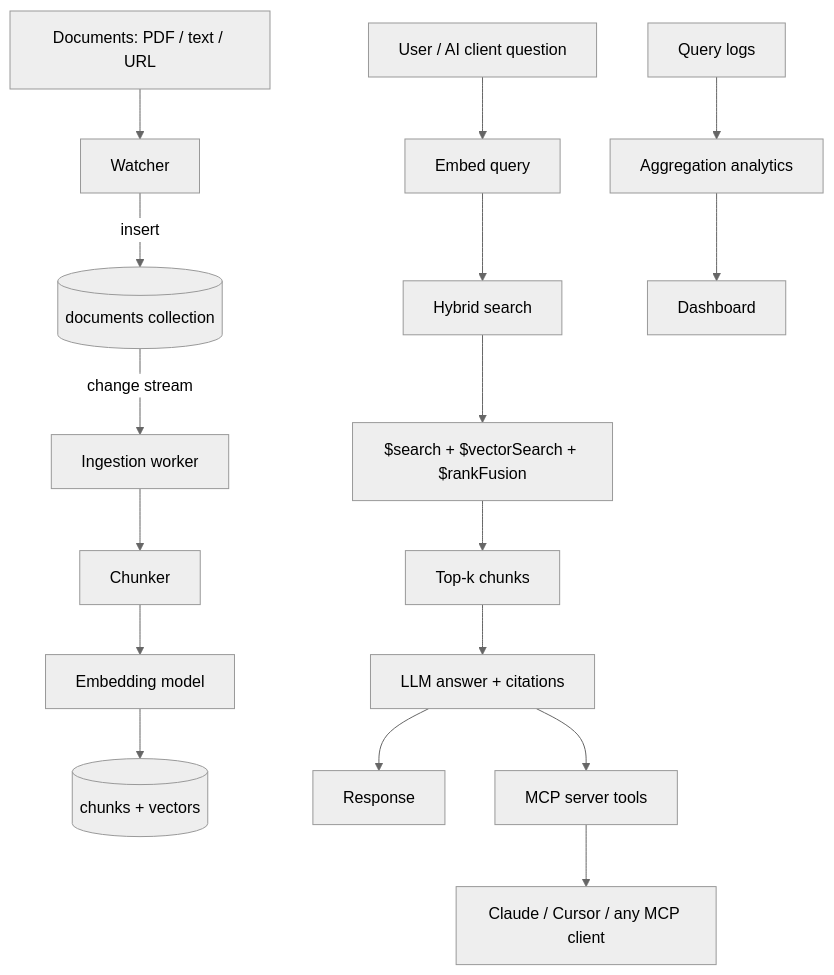
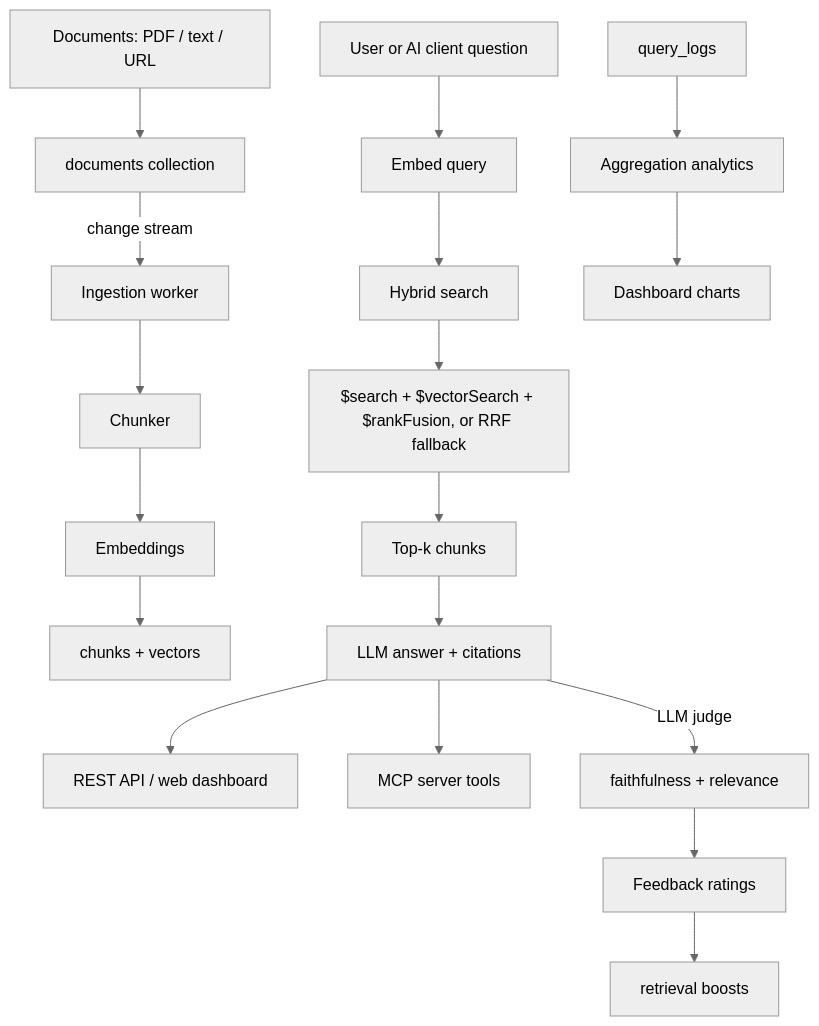
The diagram in docs/PROPOSAL.md (praneshnikhar/Cogito), drawn with Mermaid (neutral theme) before and after one commit. The commit also changed other lines of this file and 57 other files, not shown here.

````diff
--- a/docs/PROPOSAL.md
+++ b/docs/PROPOSAL.md
@@ -120,19 +108,16 @@
 ```mermaid
 flowchart TD
-    A[Documents: PDF / text / URL] --> B[Watcher]
-    B -->|insert| C[(documents collection)]
-    C -->|change stream| D[Ingestion worker]
-    D --> E[Chunker]
-    E --> F[Embedding model]
-    F --> G[(chunks + vectors)]
-    Q[User / AI client question] --> H[Embed query]
-    H --> I[Hybrid search]
-    I --> J["$search + $vectorSearch + $rankFusion"]
-    J --> K[Top-k chunks]
-    K --> L[LLM answer + citations]
-    L --> M[Response]
-    L --> R[MCP server tools]
-    R --> S[Claude / Cursor / any MCP client]
-    T[Query logs] --> U[Aggregation analytics]
-    U --> V[Dashboard]
+    A[Documents: PDF / text / URL] --> B[documents collection]
+    B -->|change stream| C[Ingestion worker]
+    C --> D[Chunker] --> E[Embeddings] --> F[chunks + vectors]
+    Q[User or AI client question] --> G[Embed query]
+    G --> H[Hybrid search]
+    H --> I["$search + $vectorSearch + $rankFusion, or RRF fallback"]
+    I --> K[Top-k chunks] --> L[LLM answer + citations]
+    L --> M[REST API / web dashboard]
+    L --> N[MCP server tools]
+    T[query_logs] --> U[Aggregation analytics]
+    U --> V[Dashboard charts]
+    L -->|LLM judge| EV[faithfulness + relevance]
+    EV --> FB[Feedback ratings] --> BO[retrieval boosts]
 ```
````
